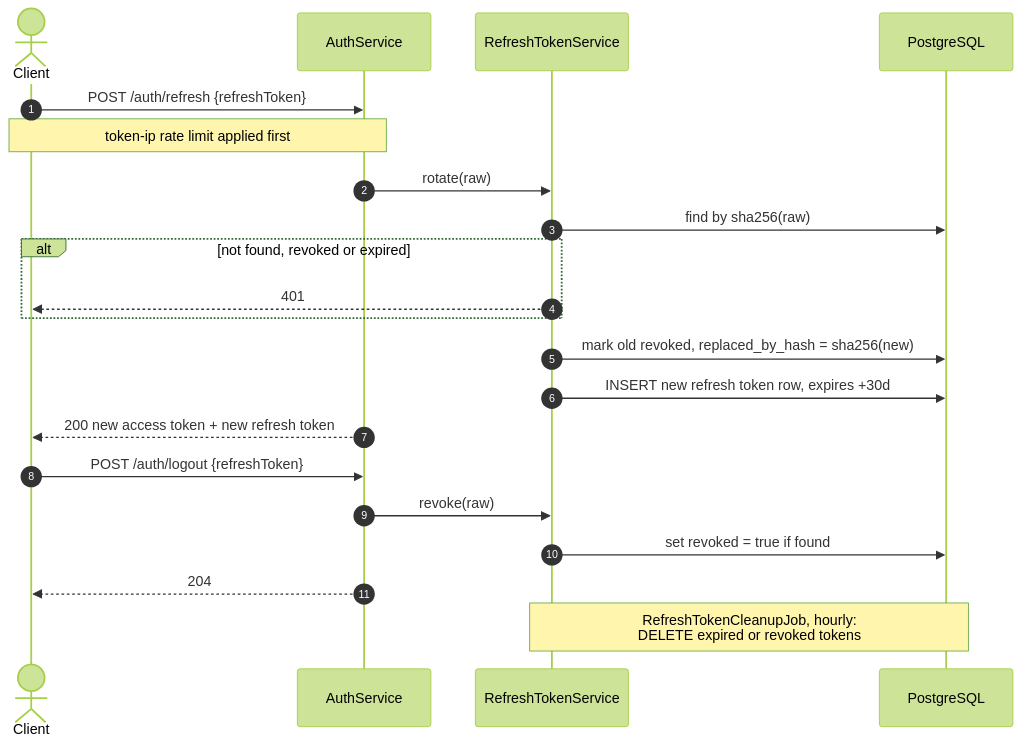
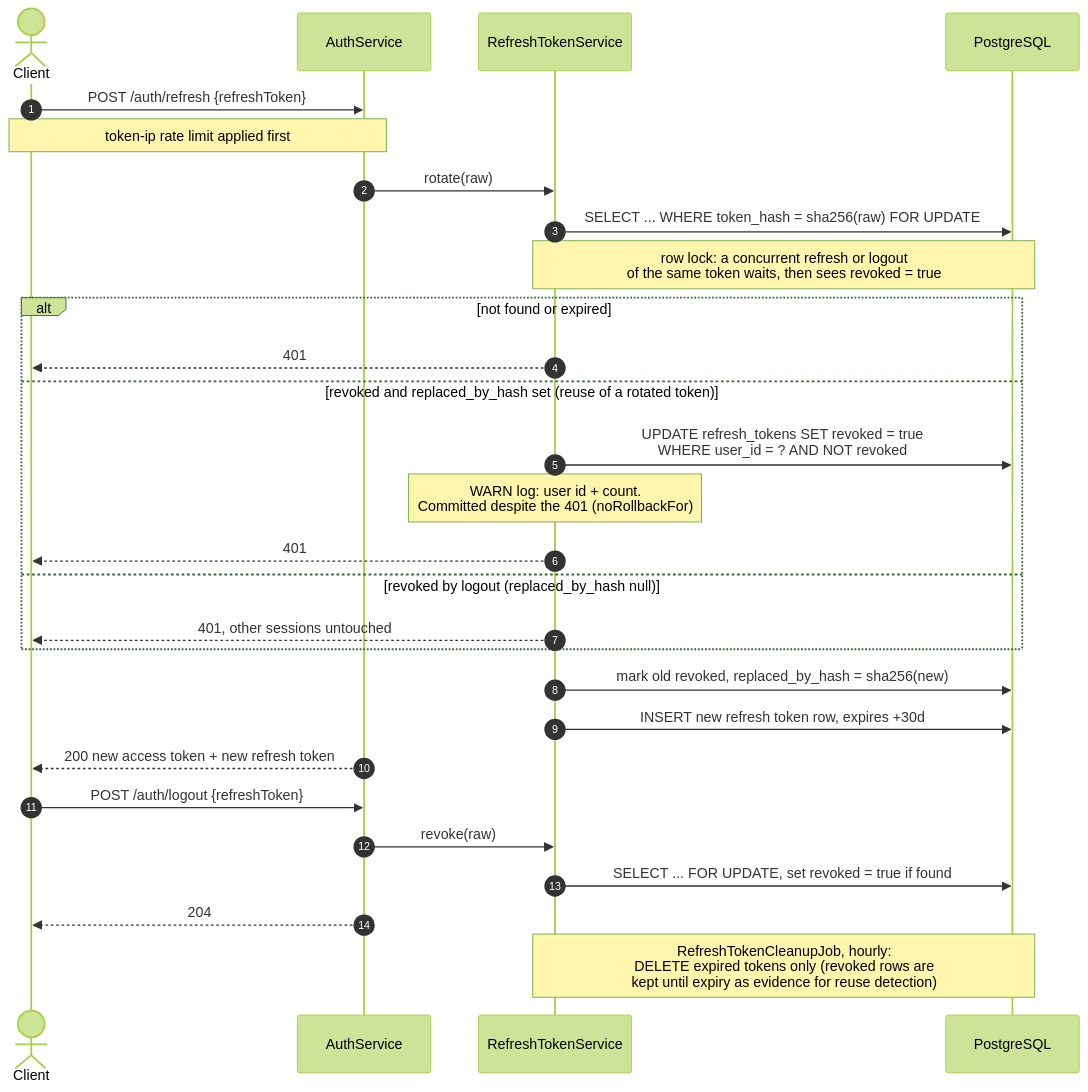
Before and after one commit to Sumit-22/user-service-auth: diagram 11 of 13 in user-service/RUNNING.md, drawn with Mermaid (forest theme). The commit also changed other lines of this file and 15 other files, not shown here.

First line of the commit message:
Harden auth: fix IDOR, refresh-token race and reuse detection

````diff
--- a/user-service/RUNNING.md
+++ b/user-service/RUNNING.md
@@ -464,26 +466,33 @@
 ```mermaid
 sequenceDiagram
     autonumber
     actor C as Client
     participant A as AuthService
     participant T as RefreshTokenService
     participant DB as PostgreSQL
 
     C->>A: POST /auth/refresh {refreshToken}
     Note over C,A: token-ip rate limit applied first
     A->>T: rotate(raw)
-    T->>DB: find by sha256(raw)
-    alt not found, revoked or expired
+    T->>DB: SELECT ... WHERE token_hash = sha256(raw) FOR UPDATE
+    Note over T,DB: row lock: a concurrent refresh or logout<br/>of the same token waits, then sees revoked = true
+    alt not found or expired
         T-->>C: 401
+    else revoked and replaced_by_hash set (reuse of a rotated token)
+        T->>DB: UPDATE refresh_tokens SET revoked = true<br/>WHERE user_id = ? AND NOT revoked
+        Note over T: WARN log: user id + count.<br/>Committed despite the 401 (noRollbackFor)
+        T-->>C: 401
+    else revoked by logout (replaced_by_hash null)
+        T-->>C: 401, other sessions untouched
     end
     T->>DB: mark old revoked, replaced_by_hash = sha256(new)
     T->>DB: INSERT new refresh token row, expires +30d
     A-->>C: 200 new access token + new refresh token
 
     C->>A: POST /auth/logout {refreshToken}
     A->>T: revoke(raw)
-    T->>DB: set revoked = true if found
+    T->>DB: SELECT ... FOR UPDATE, set revoked = true if found
     A-->>C: 204
 
-    Note over T,DB: RefreshTokenCleanupJob, hourly:<br/>DELETE expired or revoked tokens
+    Note over T,DB: RefreshTokenCleanupJob, hourly:<br/>DELETE expired tokens only (revoked rows are<br/>kept until expiry as evidence for reuse detection)
 ```
````
